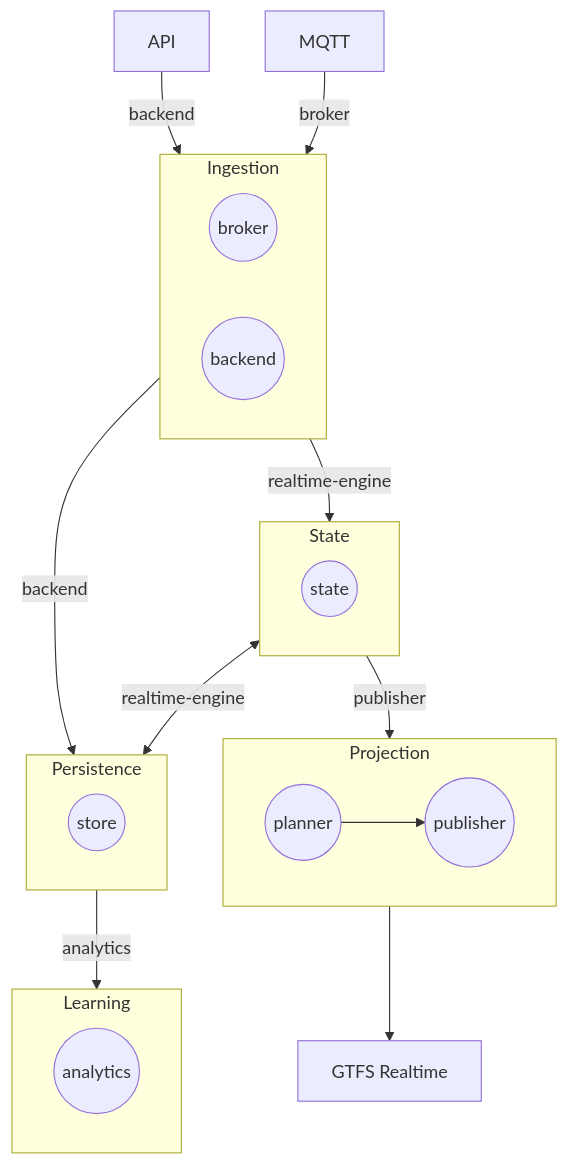
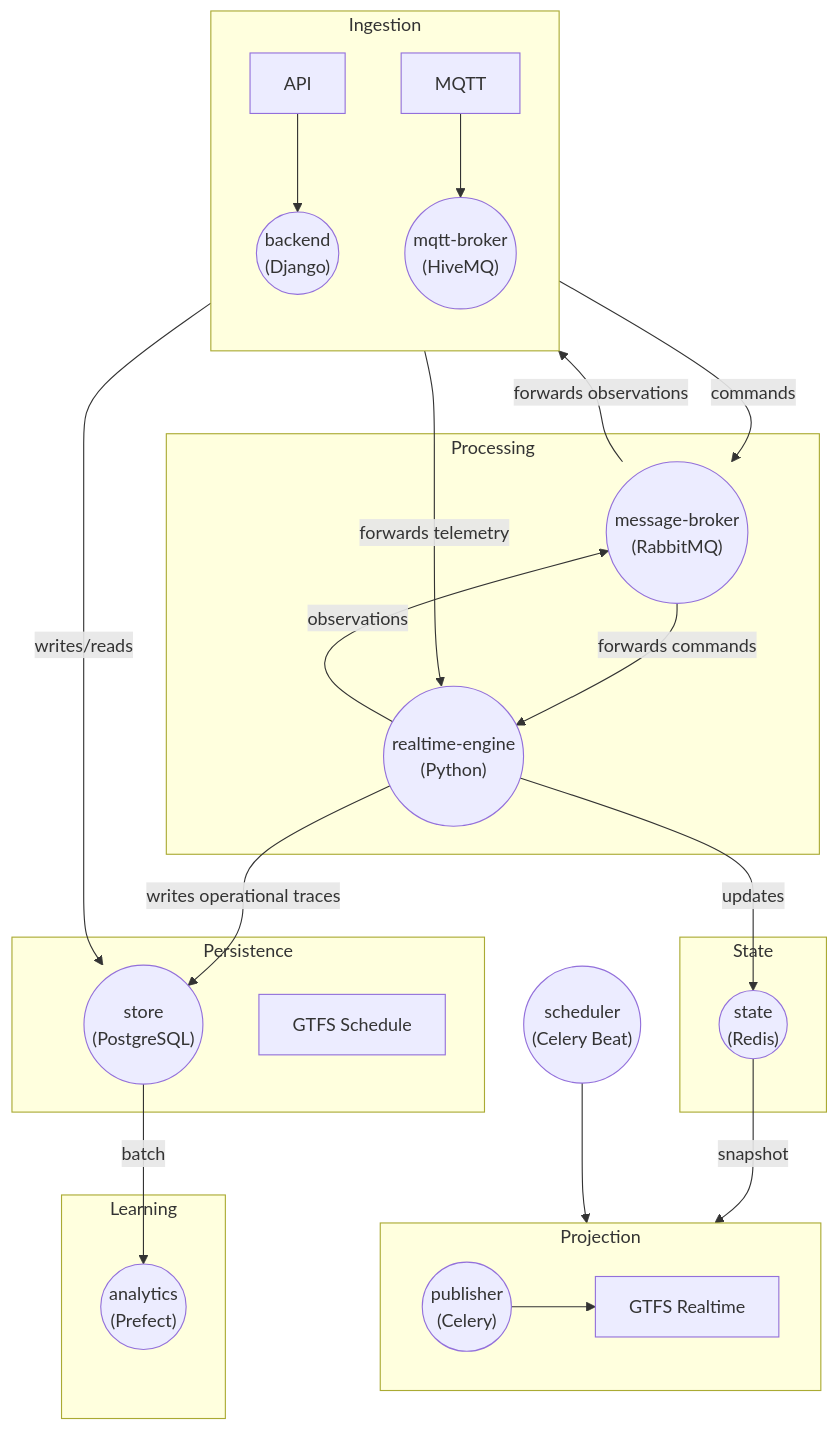
The first of 2 diagrams in MODEL.md (simovilab/databus), drawn with Mermaid before and after one commit.

Commit message:
feat: updated model as Mermaid diagram

````diff
--- a/MODEL.md
+++ b/MODEL.md
@@ -12,33 +12,45 @@
 ```mermaid
 flowchart TD
-    API[API]
-    MQTT[MQTT]
     subgraph Ingestion
-        broker((broker))
-        backend((backend))
+        direction TB
+        api[API]
+        mqtt[MQTT]
+        mqtt-broker(("mqtt-broker<br/>(HiveMQ)"))
+        backend(("backend<br/>(Django)"))
+    end
+    subgraph Processing
+        realtime-engine(("realtime-engine<br/>(Python)"))
+        message-broker(("message-broker<br/>(RabbitMQ)"))
     end
     subgraph State
-        state((state))
+        state(("state<br/>(Redis)"))
     end
     subgraph Persistence
-        store((store))
+        store(("store<br/>(PostgreSQL)"))
+        gtfs-s[GTFS Schedule]
     end
+    scheduler(("scheduler<br/>(Celery Beat)"))
     subgraph Projection
-        publisher((publisher))
-        planner((planner))
+        direction LR
+        publisher(("publisher<br/>(Celery)"))
+        gtfs[GTFS Realtime]
     end
     subgraph Learning
-        analytics((analytics))
+        analytics(("analytics<br/>(Prefect)"))
     end
-    GTFS[GTFS Realtime]
 
-    API --"backend"--> Ingestion
-    MQTT --"broker"--> Ingestion
-    Ingestion --"realtime-engine"--> State
-    Ingestion --"backend"--> Persistence
-    State <--"realtime-engine"--> Persistence
-    State --"publisher"--> Projection
-    Persistence --"analytics"--> Learning
-    planner --> publisher
-    Projection --> GTFS
+    api --> backend
+    mqtt --> mqtt-broker
+    backend --"commands"--> message-broker
+    mqtt-broker --"forwards telemetry"--> realtime-engine
+    realtime-engine --"updates"--> state
+    message-broker --"forwards commands"--> realtime-engine
+    realtime-engine --"observations"--> message-broker
+    message-broker --"forwards observations"--> backend
+    realtime-engine --"writes operational traces"--> store
+    backend --"writes/reads"--> store
+    store --"batch"--> analytics
+    state --"snapshot"--> publisher
+    scheduler --> publisher
+    publisher --> gtfs
 ```
````
